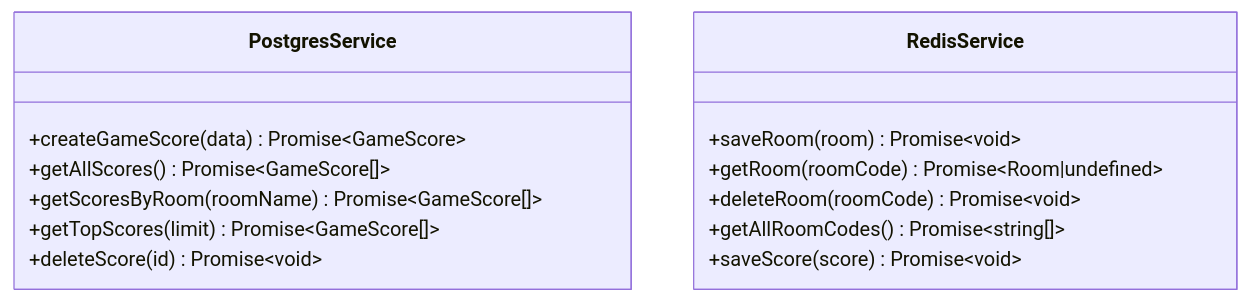
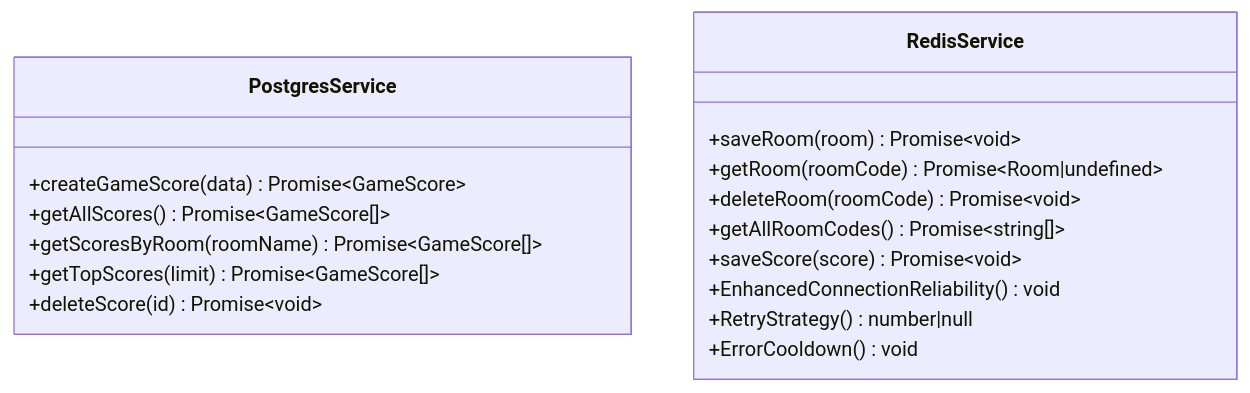
One commit to dkoukoul/escape-room-mvp changed the fourth of 11 diagrams in .qoder/repowiki/en/content/Data Management/Data Management.md. Above: the diagram before and after it, drawn with Mermaid. The commit also changed other lines of this file and 21 other files, not shown here.

````diff
--- a/.qoder/repowiki/en/content/Data Management/Data Management.md
+++ b/.qoder/repowiki/en/content/Data Management/Data Management.md
@@ -167,17 +183,20 @@
 ```mermaid
 classDiagram
 class PostgresService {
 +createGameScore(data) Promise~GameScore~
 +getAllScores() Promise~GameScore[]~
 +getScoresByRoom(roomName) Promise~GameScore[]~
 +getTopScores(limit) Promise~GameScore[]~
 +deleteScore(id) Promise~void~
 }
 class RedisService {
 +saveRoom(room) Promise~void~
 +getRoom(roomCode) Promise~Room|undefined~
 +deleteRoom(roomCode) Promise~void~
 +getAllRoomCodes() Promise~string[]~
 +saveScore(score) Promise~void~
++EnhancedConnectionReliability() void
++RetryStrategy() number|null
++ErrorCooldown() void
 }
 ```
````
